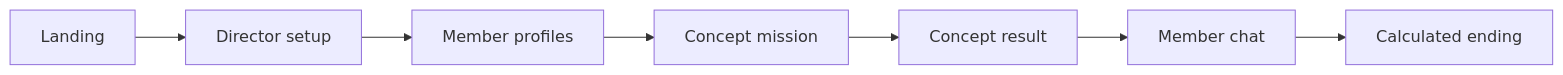
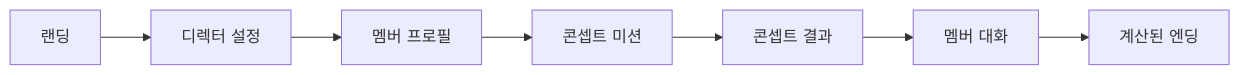
The diagram in README.md (JunnnnyWon/style-expression-mvp), drawn with Mermaid before and after one commit. The commit also changed other lines of this file, not shown here.

````diff
--- a/README.md
+++ b/README.md
@@ -26,9 +26,9 @@
 ```mermaid
 flowchart LR
-  Landing["Landing"] --> Director["Director setup"]
-  Director --> Members["Member profiles"]
-  Members --> Mission["Concept mission"]
-  Mission --> Result["Concept result"]
-  Result --> Chat["Member chat"]
-  Chat --> Ending["Calculated ending"]
+  Landing["랜딩"] --> Director["디렉터 설정"]
+  Director --> Members["멤버 프로필"]
+  Members --> Mission["콘셉트 미션"]
+  Mission --> Result["콘셉트 결과"]
+  Result --> Chat["멤버 대화"]
+  Chat --> Ending["계산된 엔딩"]
 ```
````
